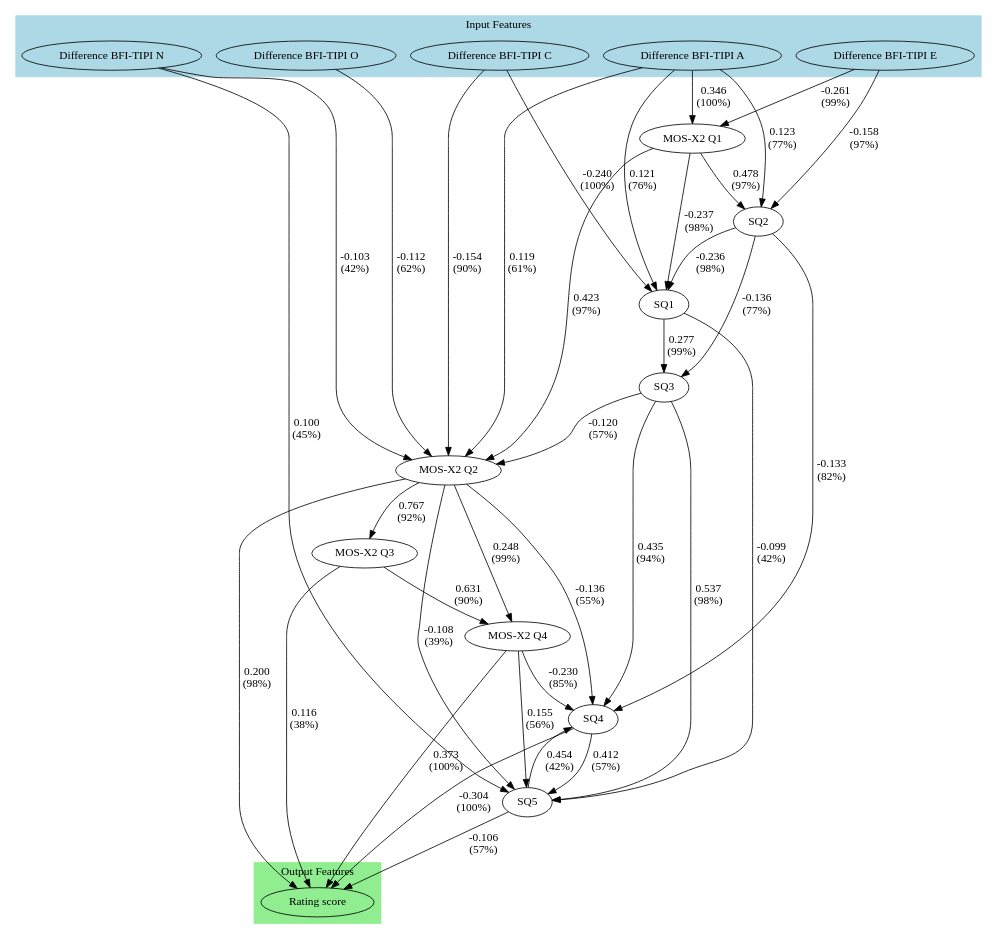
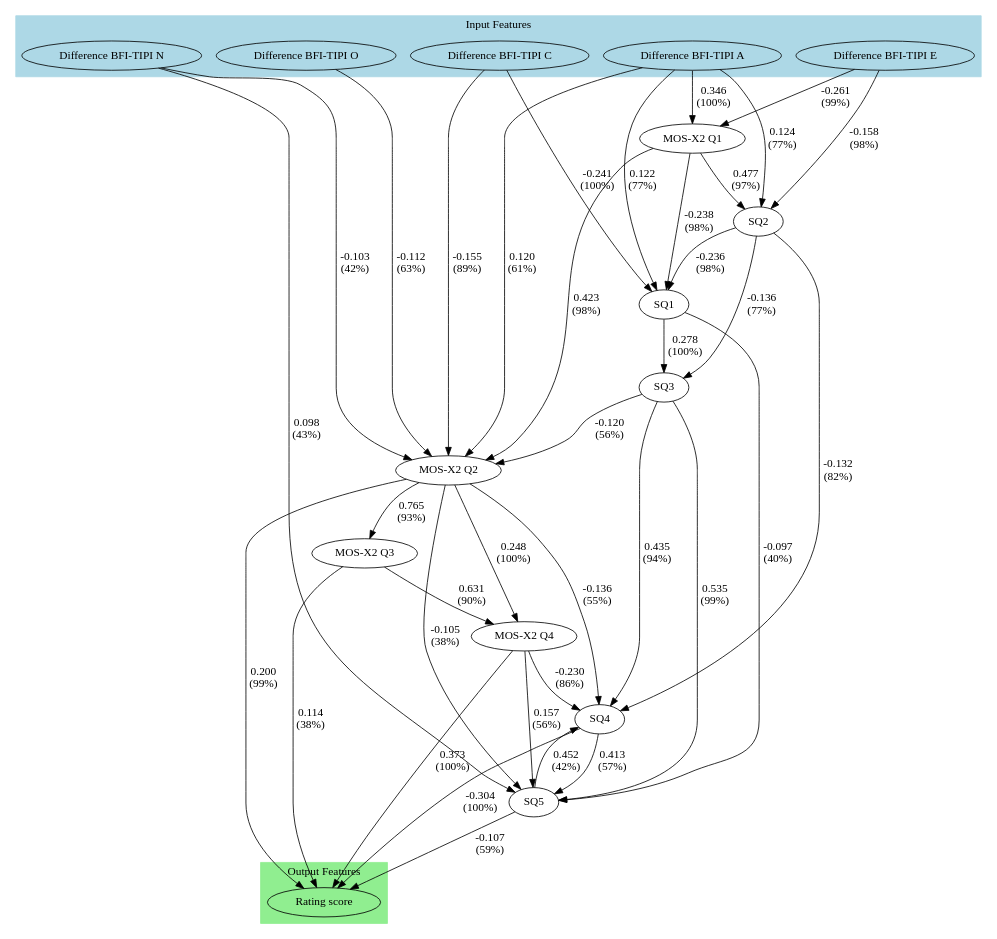
One commit to hiimmuc/Hetero-GNN-CausalDiscovery changed the diagram in Experiment3/Workspace/Models/causal_outputs/figures/causal_graphs/lingam_causal_model_robust.dot. Above: the diagram before and after it, drawn with Graphviz. The commit also changed 6 other files, not shown here.

```diff
--- a/Experiment3/Workspace/Models/causal_outputs/figures/causal_graphs/lingam_causal_model_robust.dot
+++ b/Experiment3/Workspace/Models/causal_outputs/figures/causal_graphs/lingam_causal_model_robust.dot
@@ -1,69 +1,69 @@
 digraph {
 	graph [rankdir=TB splines=true]
 	node [fillcolor=white style=filled]
 	"Difference BFI-TIPI O" [label="Difference BFI-TIPI O"]
 	"Difference BFI-TIPI C" [label="Difference BFI-TIPI C"]
 	"Difference BFI-TIPI E" [label="Difference BFI-TIPI E"]
 	"Difference BFI-TIPI A" [label="Difference BFI-TIPI A"]
 	"Difference BFI-TIPI N" [label="Difference BFI-TIPI N"]
 	"MOS-X2 Q1" [label="MOS-X2 Q1"]
 	"MOS-X2 Q2" [label="MOS-X2 Q2"]
 	"MOS-X2 Q3" [label="MOS-X2 Q3"]
 	"MOS-X2 Q4" [label="MOS-X2 Q4"]
 	SQ1 [label=SQ1]
 	SQ2 [label=SQ2]
 	SQ3 [label=SQ3]
 	SQ4 [label=SQ4]
 	SQ5 [label=SQ5]
 	"Rating score" [label="Rating score"]
 	"Difference BFI-TIPI E" -> "MOS-X2 Q1" [label="-0.261\n(99%)" fontsize=14]
 	"Difference BFI-TIPI A" -> "MOS-X2 Q1" [label="0.346\n(100%)" fontsize=14]
-	"Difference BFI-TIPI O" -> "MOS-X2 Q2" [label="-0.112\n(62%)" fontsize=14]
-	"Difference BFI-TIPI C" -> "MOS-X2 Q2" [label="-0.154\n(90%)" fontsize=14]
-	"Difference BFI-TIPI A" -> "MOS-X2 Q2" [label="0.119\n(61%)" fontsize=14]
+	"Difference BFI-TIPI O" -> "MOS-X2 Q2" [label="-0.112\n(63%)" fontsize=14]
+	"Difference BFI-TIPI C" -> "MOS-X2 Q2" [label="-0.155\n(89%)" fontsize=14]
+	"Difference BFI-TIPI A" -> "MOS-X2 Q2" [label="0.120\n(61%)" fontsize=14]
 	"Difference BFI-TIPI N" -> "MOS-X2 Q2" [label="-0.103\n(42%)" fontsize=14]
-	"MOS-X2 Q1" -> "MOS-X2 Q2" [label="0.423\n(97%)" fontsize=14]
-	SQ3 -> "MOS-X2 Q2" [label="-0.120\n(57%)" fontsize=14]
-	"MOS-X2 Q2" -> "MOS-X2 Q3" [label="0.767\n(92%)" fontsize=14]
-	"MOS-X2 Q2" -> "MOS-X2 Q4" [label="0.248\n(99%)" fontsize=14]
+	"MOS-X2 Q1" -> "MOS-X2 Q2" [label="0.423\n(98%)" fontsize=14]
+	SQ3 -> "MOS-X2 Q2" [label="-0.120\n(56%)" fontsize=14]
+	"MOS-X2 Q2" -> "MOS-X2 Q3" [label="0.765\n(93%)" fontsize=14]
+	"MOS-X2 Q2" -> "MOS-X2 Q4" [label="0.248\n(100%)" fontsize=14]
 	"MOS-X2 Q3" -> "MOS-X2 Q4" [label="0.631\n(90%)" fontsize=14]
-	"Difference BFI-TIPI C" -> SQ1 [label="-0.240\n(100%)" fontsize=14]
-	"Difference BFI-TIPI A" -> SQ1 [label="0.121\n(76%)" fontsize=14]
-	"MOS-X2 Q1" -> SQ1 [label="-0.237\n(98%)" fontsize=14]
+	"Difference BFI-TIPI C" -> SQ1 [label="-0.241\n(100%)" fontsize=14]
+	"Difference BFI-TIPI A" -> SQ1 [label="0.122\n(77%)" fontsize=14]
+	"MOS-X2 Q1" -> SQ1 [label="-0.238\n(98%)" fontsize=14]
 	SQ2 -> SQ1 [label="-0.236\n(98%)" fontsize=14]
-	"Difference BFI-TIPI E" -> SQ2 [label="-0.158\n(97%)" fontsize=14]
-	"Difference BFI-TIPI A" -> SQ2 [label="0.123\n(77%)" fontsize=14]
-	"MOS-X2 Q1" -> SQ2 [label="0.478\n(97%)" fontsize=14]
-	SQ1 -> SQ3 [label="0.277\n(99%)" fontsize=14]
+	"Difference BFI-TIPI E" -> SQ2 [label="-0.158\n(98%)" fontsize=14]
+	"Difference BFI-TIPI A" -> SQ2 [label="0.124\n(77%)" fontsize=14]
+	"MOS-X2 Q1" -> SQ2 [label="0.477\n(97%)" fontsize=14]
+	SQ1 -> SQ3 [label="0.278\n(100%)" fontsize=14]
 	SQ2 -> SQ3 [label="-0.136\n(77%)" fontsize=14]
 	"MOS-X2 Q2" -> SQ4 [label="-0.136\n(55%)" fontsize=14]
-	"MOS-X2 Q4" -> SQ4 [label="-0.230\n(85%)" fontsize=14]
-	SQ2 -> SQ4 [label="-0.133\n(82%)" fontsize=14]
+	"MOS-X2 Q4" -> SQ4 [label="-0.230\n(86%)" fontsize=14]
+	SQ2 -> SQ4 [label="-0.132\n(82%)" fontsize=14]
 	SQ3 -> SQ4 [label="0.435\n(94%)" fontsize=14]
-	SQ5 -> SQ4 [label="0.454\n(42%)" fontsize=14]
-	"Difference BFI-TIPI N" -> SQ5 [label="0.100\n(45%)" fontsize=14]
-	"MOS-X2 Q2" -> SQ5 [label="-0.108\n(39%)" fontsize=14]
-	"MOS-X2 Q4" -> SQ5 [label="0.155\n(56%)" fontsize=14]
-	SQ1 -> SQ5 [label="-0.099\n(42%)" fontsize=14]
-	SQ3 -> SQ5 [label="0.537\n(98%)" fontsize=14]
-	SQ4 -> SQ5 [label="0.412\n(57%)" fontsize=14]
-	"MOS-X2 Q2" -> "Rating score" [label="0.200\n(98%)" fontsize=14]
-	"MOS-X2 Q3" -> "Rating score" [label="0.116\n(38%)" fontsize=14]
+	SQ5 -> SQ4 [label="0.452\n(42%)" fontsize=14]
+	"Difference BFI-TIPI N" -> SQ5 [label="0.098\n(43%)" fontsize=14]
+	"MOS-X2 Q2" -> SQ5 [label="-0.105\n(38%)" fontsize=14]
+	"MOS-X2 Q4" -> SQ5 [label="0.157\n(56%)" fontsize=14]
+	SQ1 -> SQ5 [label="-0.097\n(40%)" fontsize=14]
+	SQ3 -> SQ5 [label="0.535\n(99%)" fontsize=14]
+	SQ4 -> SQ5 [label="0.413\n(57%)" fontsize=14]
+	"MOS-X2 Q2" -> "Rating score" [label="0.200\n(99%)" fontsize=14]
+	"MOS-X2 Q3" -> "Rating score" [label="0.114\n(38%)" fontsize=14]
 	"MOS-X2 Q4" -> "Rating score" [label="0.373\n(100%)" fontsize=14]
 	SQ4 -> "Rating score" [label="-0.304\n(100%)" fontsize=14]
-	SQ5 -> "Rating score" [label="-0.106\n(57%)" fontsize=14]
+	SQ5 -> "Rating score" [label="-0.107\n(59%)" fontsize=14]
 	subgraph cluster_input {
 		rank=same
 		color=lightblue label="Input Features" style=filled
 		"Difference BFI-TIPI O" [fillcolor=lightblue style=filled]
 		"Difference BFI-TIPI C" [fillcolor=lightblue style=filled]
 		"Difference BFI-TIPI E" [fillcolor=lightblue style=filled]
 		"Difference BFI-TIPI A" [fillcolor=lightblue style=filled]
 		"Difference BFI-TIPI N" [fillcolor=lightblue style=filled]
 	}
 	subgraph cluster_output {
 		rank=same
 		color=lightgreen label="Output Features" style=filled
 		"Rating score" [fillcolor=lightgreen style=filled]
 	}
 }
```
